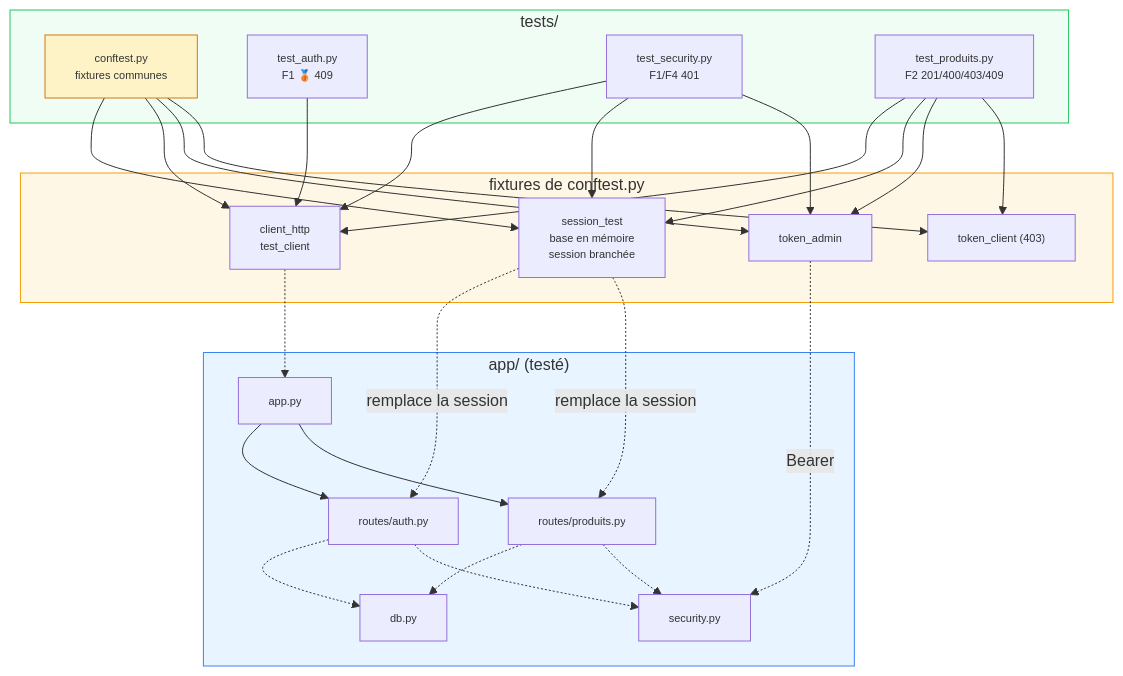
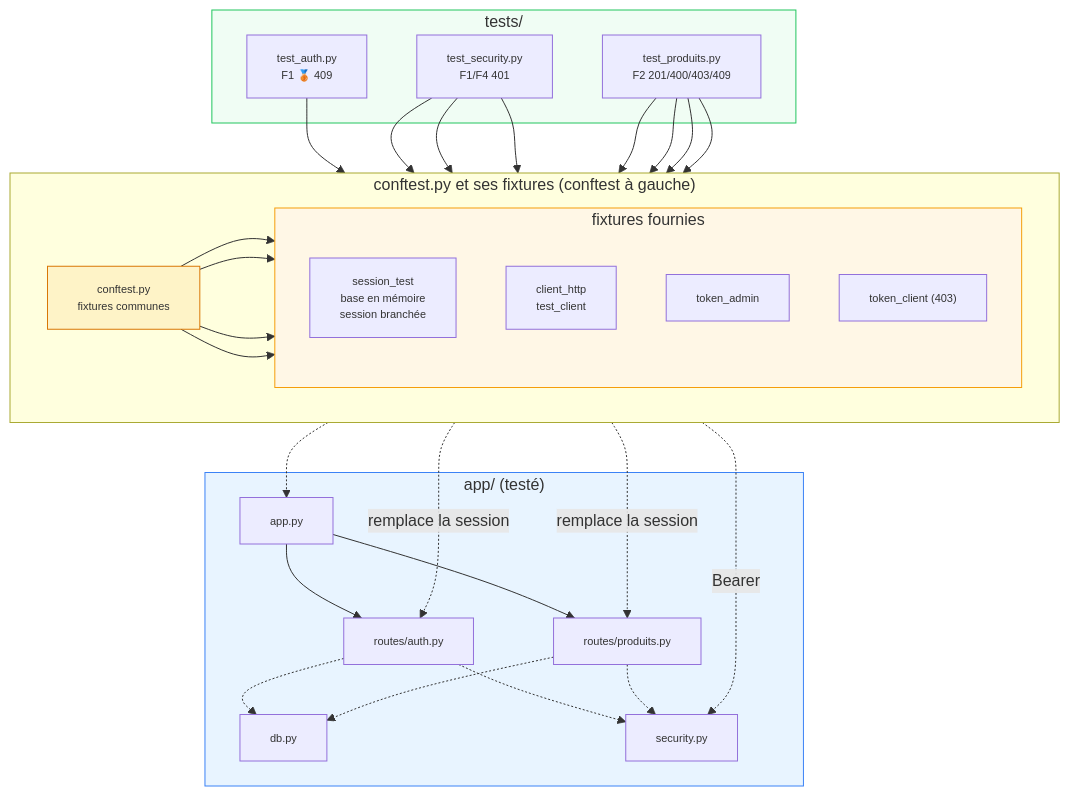
One commit to ericlacombe/mon-projet-handson-python changed the diagram in docs/canva-tests.mmd. Above: the diagram before and after it, drawn with Mermaid.

Commit message:
docs/canva-tests.mmd : conftest.py placé juste à gauche du bloc fixtures (subgraph direction LR)

```diff
--- a/docs/canva-tests.mmd
+++ b/docs/canva-tests.mmd
@@ -1,45 +1,49 @@
 %% Canva des interactions tests — qui fournit quoi à qui
 %% Rendu : https://mermaid.live  (police réduite pour éviter les textes coupés)
 %%{init: {'flowchart': {'htmlLabels': true}}}%%
 flowchart TB
     classDef petit font-size:11px;
 
     subgraph TESTS["tests/"]
-        CONF["conftest.py<br/>fixtures communes"]
         TA["test_auth.py<br/>F1 🥉 409"]
         TS["test_security.py<br/>F1/F4 401"]
         TP["test_produits.py<br/>F2 201/400/403/409"]
     end
 
-    subgraph FIXTURES["fixtures de conftest.py"]
-        F1["session_test<br/>base en mémoire<br/>session branchée"]
-        F2["client_http<br/>test_client"]
-        F3["token_admin"]
-        F4["token_client (403)"]
+    subgraph CONFTEST["conftest.py et ses fixtures (conftest à gauche)"]
+        direction LR
+        CONF["conftest.py<br/>fixtures communes"]
+        subgraph FIXTURES["fixtures fournies"]
+            direction TB
+            F1["session_test<br/>base en mémoire<br/>session branchée"]
+            F2["client_http<br/>test_client"]
+            F3["token_admin"]
+            F4["token_client (403)"]
+        end
+        CONF --> F1 & F2 & F3 & F4
     end
 
     subgraph APP["app/ (testé)"]
         A_APP["app.py"]
         A_AUTH["routes/auth.py"]
         A_PROD["routes/produits.py"]
         A_DB["db.py"]
         A_SEC["security.py"]
     end
 
-    CONF --> F1 & F2 & F3 & F4
     TA --> F2
     TS --> F2 & F1 & F3
     TP --> F2 & F1 & F3 & F4
 
     F1 -.->|"remplace la session"| A_AUTH & A_PROD
     F2 -.-> A_APP
     A_APP --> A_AUTH & A_PROD
     A_AUTH -.-> A_DB & A_SEC
     A_PROD -.-> A_DB & A_SEC
     F3 -.->|"Bearer"| A_SEC
 
     class CONF,TA,TS,TP,F1,F2,F3,F4,A_APP,A_AUTH,A_PROD,A_DB,A_SEC petit;
     style CONF fill:#fef3c7,stroke:#d97706
     style FIXTURES fill:#fff7e6,stroke:#f59e0b
     style TESTS fill:#f0fdf4,stroke:#22c55e
     style APP fill:#e8f4ff,stroke:#3b82f6
```
